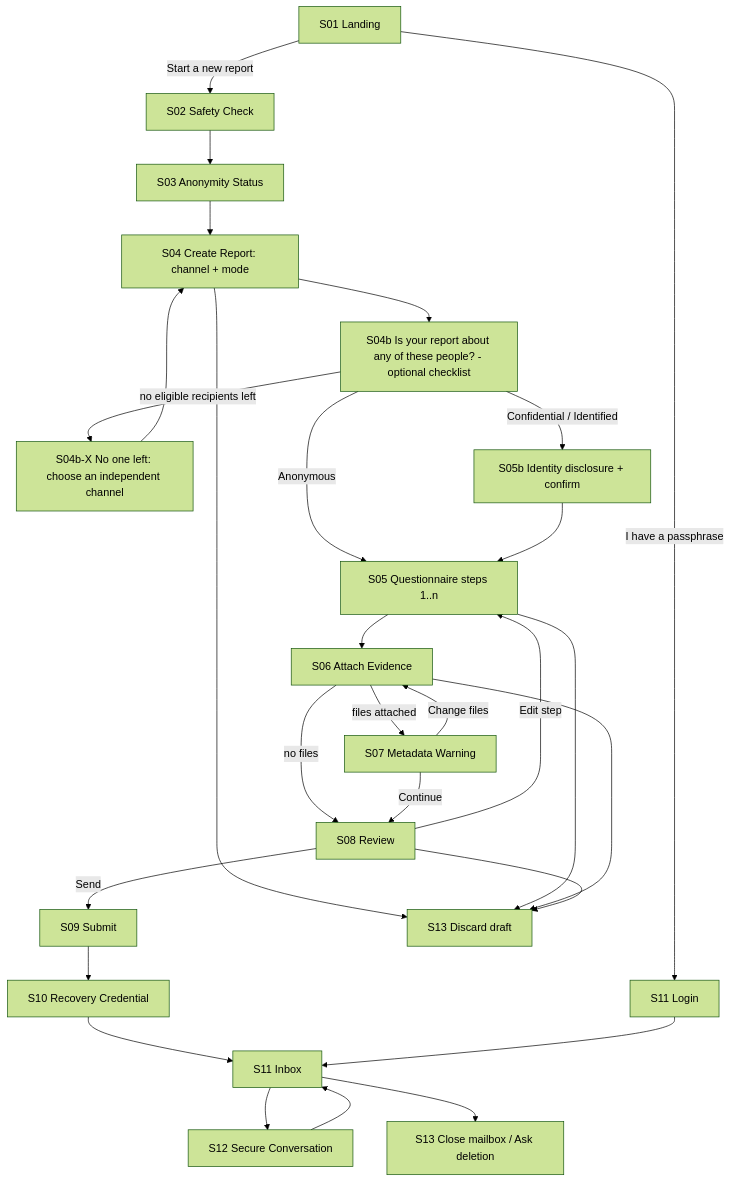
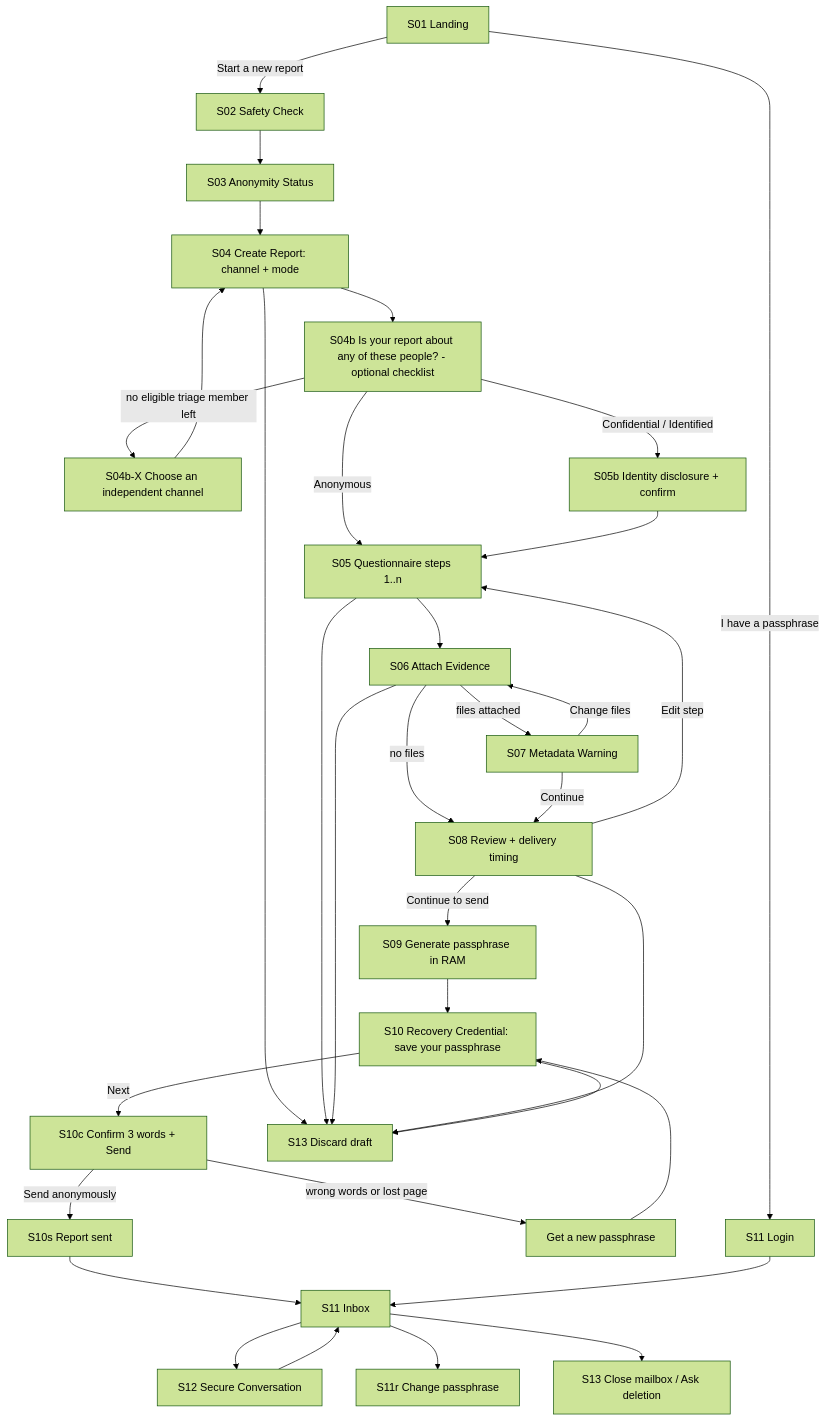
The first of 2 diagrams in specs/11-FRONTEND-SOURCE.md (djshellshoxxx/leaks), drawn with Mermaid (forest theme) before and after one commit. The commit also changed other lines of this file and 24 other files, not shown here.

````diff
--- a/specs/11-FRONTEND-SOURCE.md
+++ b/specs/11-FRONTEND-SOURCE.md
@@ -258,27 +293,32 @@
 ```mermaid
 flowchart TD
   S01[S01 Landing] -->|Start a new report| S02[S02 Safety Check]
   S01 -->|I have a passphrase| S11L[S11 Login]
   S02 --> S03[S03 Anonymity Status]
   S03 --> S04[S04 Create Report: channel + mode]
   S04 --> S04b[S04b Is your report about any of these people? - optional checklist]
-  S04b -->|no eligible recipients left| S04x[S04b-X No one left: choose an independent channel]
+  S04b -->|no eligible triage member left| S04x[S04b-X Choose an independent channel]
   S04x --> S04
   S04b -->|Anonymous| S05[S05 Questionnaire steps 1..n]
   S04b -->|Confidential / Identified| S05b[S05b Identity disclosure + confirm]
   S05b --> S05
   S05 --> S06[S06 Attach Evidence]
   S06 -->|files attached| S07[S07 Metadata Warning]
-  S06 -->|no files| S08[S08 Review]
+  S06 -->|no files| S08[S08 Review + delivery timing]
   S07 -->|Change files| S06
   S07 -->|Continue| S08
   S08 -->|Edit step| S05
-  S08 -->|Send| S09[S09 Submit]
-  S09 --> S10[S10 Recovery Credential]
-  S10 --> S11I[S11 Inbox]
+  S08 -->|Continue to send| S09[S09 Generate passphrase in RAM]
+  S09 --> S10[S10 Recovery Credential: save your passphrase]
+  S10 -->|Next| S10c[S10c Confirm 3 words + Send]
+  S10c -->|wrong words or lost page| S10n[Get a new passphrase]
+  S10n --> S10
+  S10c -->|Send anonymously| S10s[S10s Report sent]
+  S10s --> S11I[S11 Inbox]
   S11L --> S11I
   S11I --> S12[S12 Secure Conversation]
+  S11I --> S11r[S11r Change passphrase]
   S11I --> S13[S13 Close mailbox / Ask deletion]
-  S04 & S05 & S06 & S08 --> S13D[S13 Discard draft]
+  S04 & S05 & S06 & S08 & S10 --> S13D[S13 Discard draft]
   S12 --> S11I
 ```
````
